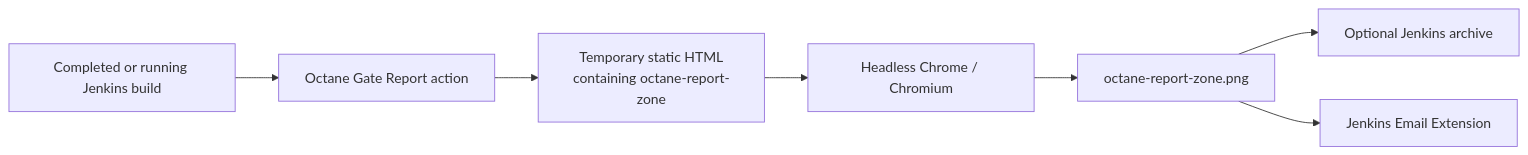
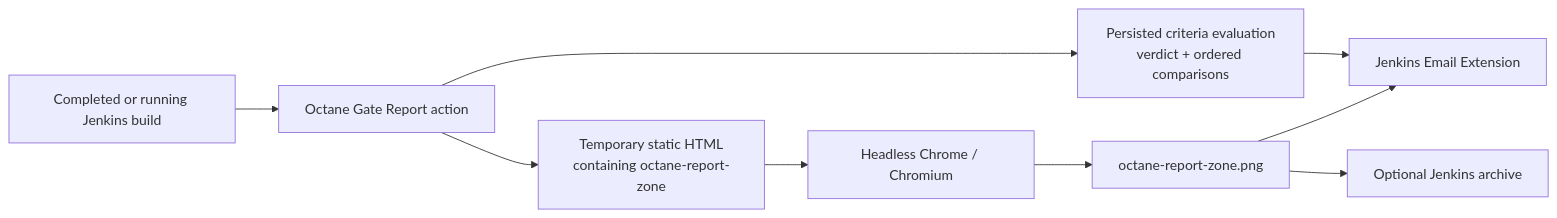
Before and after one commit to Crustacean/octanePlugin: the fourth of 4 diagrams in ARCHITECTURE.md, drawn with Mermaid. The commit also changed other lines of this file and 19 other files, not shown here.

````diff
--- a/ARCHITECTURE.md
+++ b/ARCHITECTURE.md
@@ -422,14 +425,17 @@
 ```mermaid
 flowchart LR
   Build["Completed or running Jenkins build"]
   Action["Octane Gate Report action"]
+  Evaluation["Persisted criteria evaluation\nverdict + ordered comparisons"]
   Html["Temporary static HTML\ncontaining octane-report-zone"]
   Chrome["Headless Chrome / Chromium"]
   Png["octane-report-zone.png"]
   Archive["Optional Jenkins archive"]
   Mail["Jenkins Email Extension"]
 
-  Build --> Action --> Html --> Chrome --> Png
+  Build --> Action --> Evaluation
+  Action --> Html --> Chrome --> Png
+  Evaluation --> Mail
   Png --> Archive
   Png --> Mail
 ```
````
